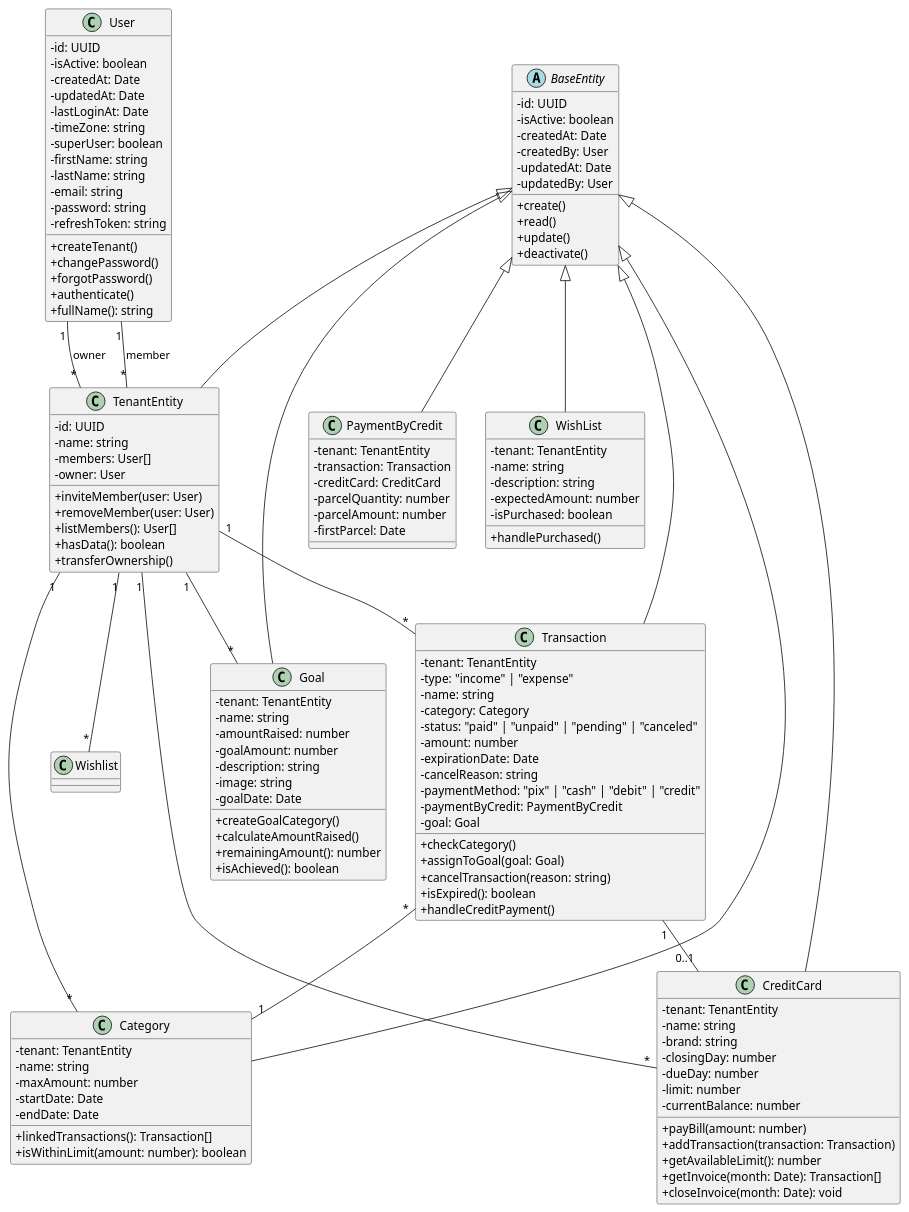
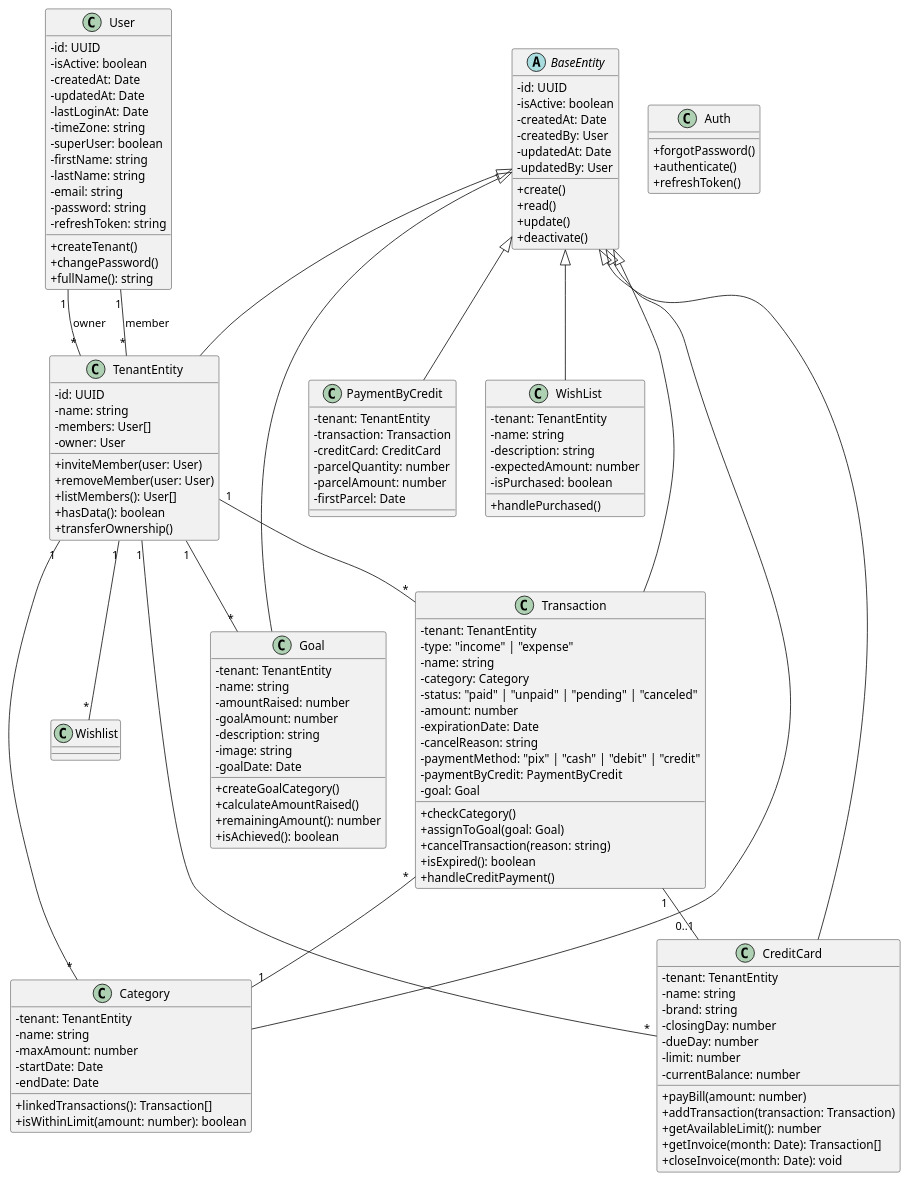
One commit to RafaelNagatomo/financial-manager-api changed the diagram in class_diagram.puml. Above: the diagram before and after it, drawn with PlantUML. The commit also changed 2 other files, not shown here.

```diff
--- a/class_diagram.puml
+++ b/class_diagram.puml
@@ -1,136 +1,140 @@
 @startuml inventory_mvp.puml
 
 skinparam classAttributeIconSize 0
 
 abstract class BaseEntity {
   - id: UUID
   - isActive: boolean
   - createdAt: Date
   - createdBy: User 
   - updatedAt: Date
   - updatedBy: User
   + create()
   + read()
   + update()
   + deactivate()
 }
 
 class TenantEntity extends BaseEntity {
   - id: UUID
   - name: string
   - members: User[]
   - owner: User
   + inviteMember(user: User)
   + removeMember(user: User)
   + listMembers(): User[]
   + hasData(): boolean
   + transferOwnership()
 }
 
+class Auth {
+  + forgotPassword()
+  + authenticate()
+  + refreshToken()
+}
+
 class User {
   - id: UUID
   - isActive: boolean
   - createdAt: Date
   - updatedAt: Date
   - lastLoginAt: Date
   - timeZone: string
   - superUser: boolean
   - firstName: string
   - lastName: string
   - email: string
   - password: string
   - refreshToken: string
   + createTenant()
   + changePassword()
-  + forgotPassword()
-  + authenticate()
   + fullName(): string
 }
 
 class Transaction extends BaseEntity {
   - tenant: TenantEntity
   - type: "income" | "expense"
   - name: string
   - category: Category
   - status: "paid" | "unpaid" | "pending" | "canceled"
   - amount: number
   - expirationDate: Date
   - cancelReason: string
   - paymentMethod: "pix" | "cash" | "debit" | "credit"
   - paymentByCredit: PaymentByCredit
   - goal: Goal
   + checkCategory()
   + assignToGoal(goal: Goal)
   + cancelTransaction(reason: string)
   + isExpired(): boolean
   + handleCreditPayment()
 }
 
 class PaymentByCredit extends BaseEntity {
   - tenant: TenantEntity
   - transaction: Transaction
   - creditCard: CreditCard
   - parcelQuantity: number
   - parcelAmount: number
   - firstParcel: Date
 }
 
 class Category extends BaseEntity {
   - tenant: TenantEntity
   - name: string
   - maxAmount: number
   - startDate: Date
   - endDate: Date
   + linkedTransactions(): Transaction[]
   + isWithinLimit(amount: number): boolean
 }
 
 class Goal extends BaseEntity {
   - tenant: TenantEntity
   - name: string
   - amountRaised: number
   - goalAmount: number
   - description: string
   - image: string
   - goalDate: Date
   + createGoalCategory()
   + calculateAmountRaised()
   + remainingAmount(): number
   + isAchieved(): boolean
 }
 
 class CreditCard extends BaseEntity {
   - tenant: TenantEntity
   - name: string
   - brand: string
   - closingDay: number
   - dueDay: number
   - limit: number
   - currentBalance: number
   + payBill(amount: number)
   + addTransaction(transaction: Transaction)
   + getAvailableLimit(): number
   + getInvoice(month: Date): Transaction[]
   + closeInvoice(month: Date): void
 }
 
 class WishList extends BaseEntity {
   - tenant: TenantEntity
   - name: string
   - description: string
   - expectedAmount: number
   - isPurchased: boolean
   + handlePurchased()
 }
 
 User "1" -- "*" TenantEntity : owner
 User "1" -- "*" TenantEntity : member
 TenantEntity "1" -- "*" Transaction
 TenantEntity "1" -- "*" Category
 TenantEntity "1" -- "*" Goal
 TenantEntity "1" -- "*" Wishlist
 TenantEntity "1" -- "*" CreditCard
 Transaction "1" -- "0..1" CreditCard
 Transaction "*" -- "1" Category
 
 @enduml
```
